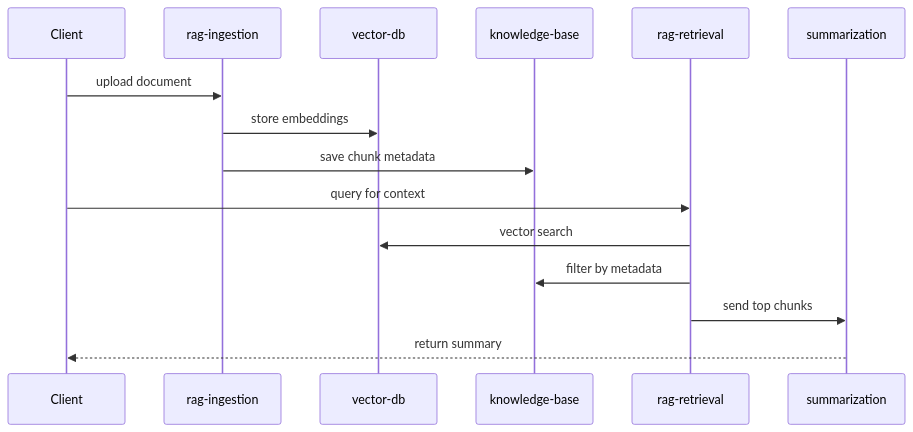
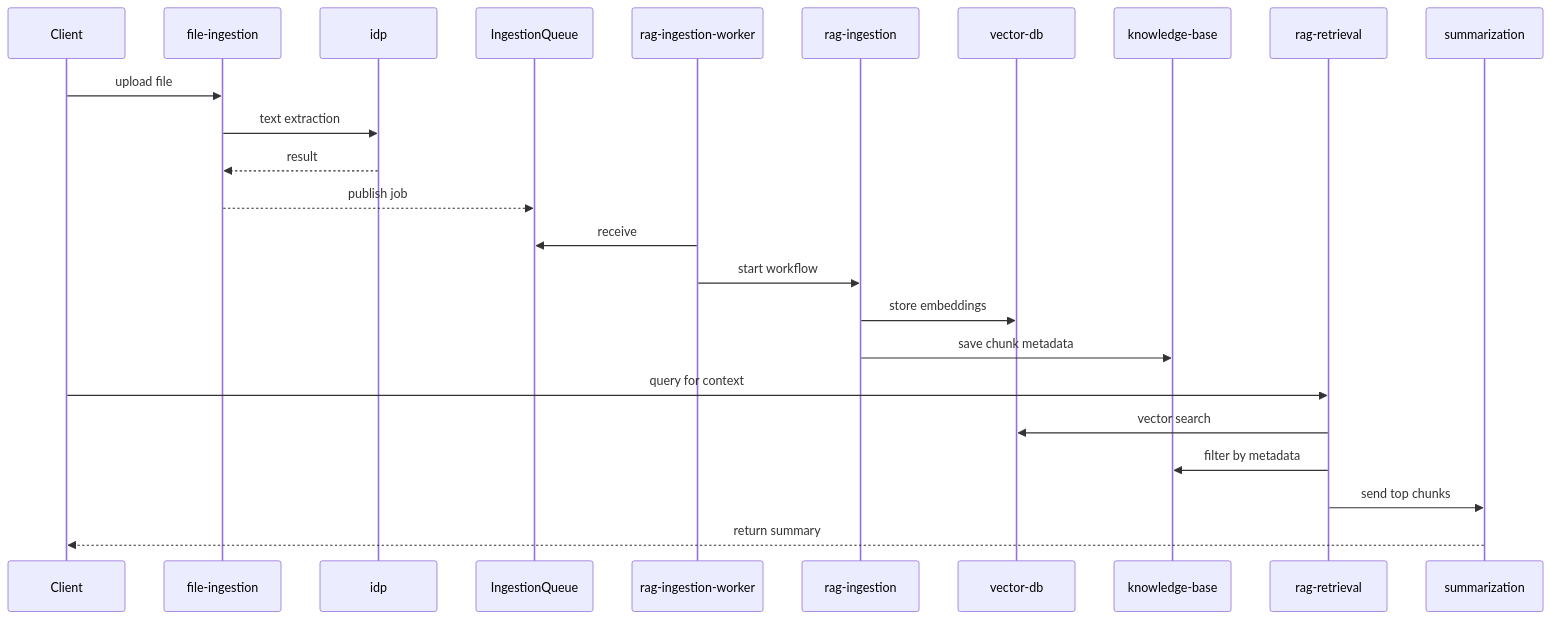
Before and after one commit to ksinha49/ai-workloads: the diagram in docs/rag_architecture.md, drawn with Mermaid. The commit also changed other lines of this file and 1 other file, not shown here.

Commit message:
docs: insert idp step in rag architecture

````diff
--- a/docs/rag_architecture.md
+++ b/docs/rag_architecture.md
@@ -18,18 +20,27 @@
 ```mermaid
 sequenceDiagram
     participant Client
+    participant FileIng as file-ingestion
+    participant IDP as idp
+    participant Queue as IngestionQueue
+    participant Worker as rag-ingestion-worker
     participant Ingestion as rag-ingestion
     participant DB as vector-db
     participant KB as knowledge-base
     participant Retrieval as rag-retrieval
     participant Sum as summarization
 
-    Client->>Ingestion: upload document
+    Client->>FileIng: upload file
+    FileIng->>IDP: text extraction
+    IDP-->>FileIng: result
+    FileIng-->>Queue: publish job
+    Worker->>Queue: receive
+    Worker->>Ingestion: start workflow
     Ingestion->>DB: store embeddings
     Ingestion->>KB: save chunk metadata
     Client->>Retrieval: query for context
     Retrieval->>DB: vector search
     Retrieval->>KB: filter by metadata
     Retrieval->>Sum: send top chunks
     Sum-->>Client: return summary
 ```
````
